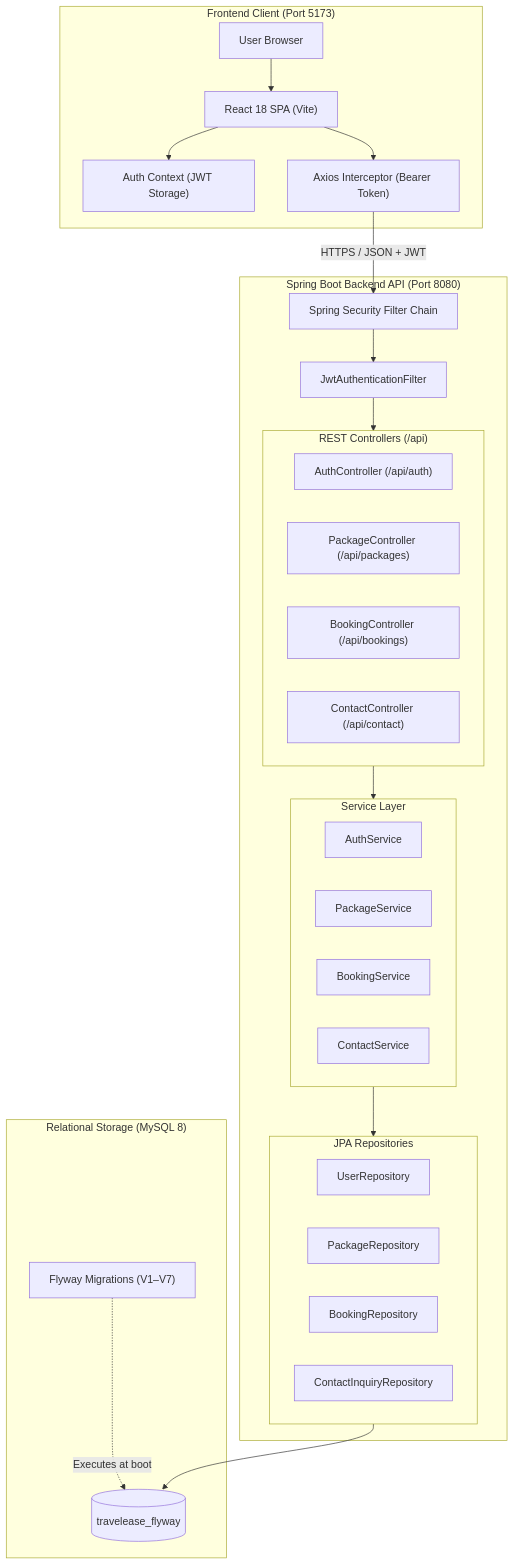
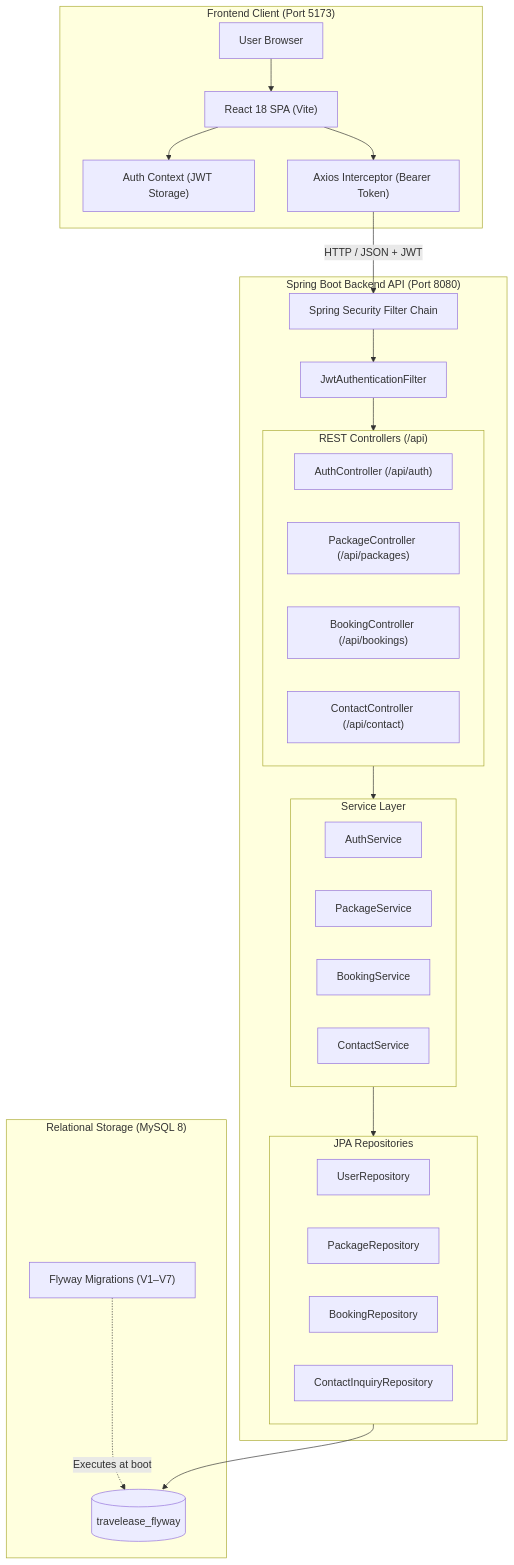
The diagram in README.md (Anil-42/TravelEase), drawn with Mermaid before and after one commit. The commit also changed other lines of this file and 5 other files, not shown here.

Commit message:
Sanitize JWT configuration and clarify repository architecture

````diff
--- a/README.md
+++ b/README.md
@@ -83,51 +97,51 @@
 ```mermaid
 flowchart TD
     subgraph Client["Frontend Client (Port 5173)"]
         Browser["User Browser"]
         ReactApp["React 18 SPA (Vite)"]
         AuthContext["Auth Context (JWT Storage)"]
         AxiosClient["Axios Interceptor (Bearer Token)"]
         Browser --> ReactApp
         ReactApp --> AuthContext
         ReactApp --> AxiosClient
     end
 
     subgraph Backend["Spring Boot Backend API (Port 8080)"]
         SecurityFilter["Spring Security Filter Chain"]
         JwtFilter["JwtAuthenticationFilter"]
         
         subgraph Controllers["REST Controllers (/api)"]
             AuthController["AuthController (/api/auth)"]
             PackageController["PackageController (/api/packages)"]
             BookingController["BookingController (/api/bookings)"]
             ContactController["ContactController (/api/contact)"]
         end
 
         subgraph Services["Service Layer"]
             AuthService["AuthService"]
             PackageService["PackageService"]
             BookingService["BookingService"]
             ContactService["ContactService"]
         end
 
         subgraph DataAccess["JPA Repositories"]
             UserRepo["UserRepository"]
             PackageRepo["PackageRepository"]
             BookingRepo["BookingRepository"]
             ContactRepo["ContactInquiryRepository"]
         end
 
-        AxiosClient -- "HTTPS / JSON + JWT" --> SecurityFilter
+        AxiosClient -- "HTTP / JSON + JWT" --> SecurityFilter
         SecurityFilter --> JwtFilter
         JwtFilter --> Controllers
         Controllers --> Services
         Services --> DataAccess
     end
 
     subgraph Database["Relational Storage (MySQL 8)"]
         MySQL[("travelease_flyway")]
         FlywayEngine["Flyway Migrations (V1–V7)"]
         DataAccess --> MySQL
         FlywayEngine -. "Executes at boot" .-> MySQL
     end
 ```
````
